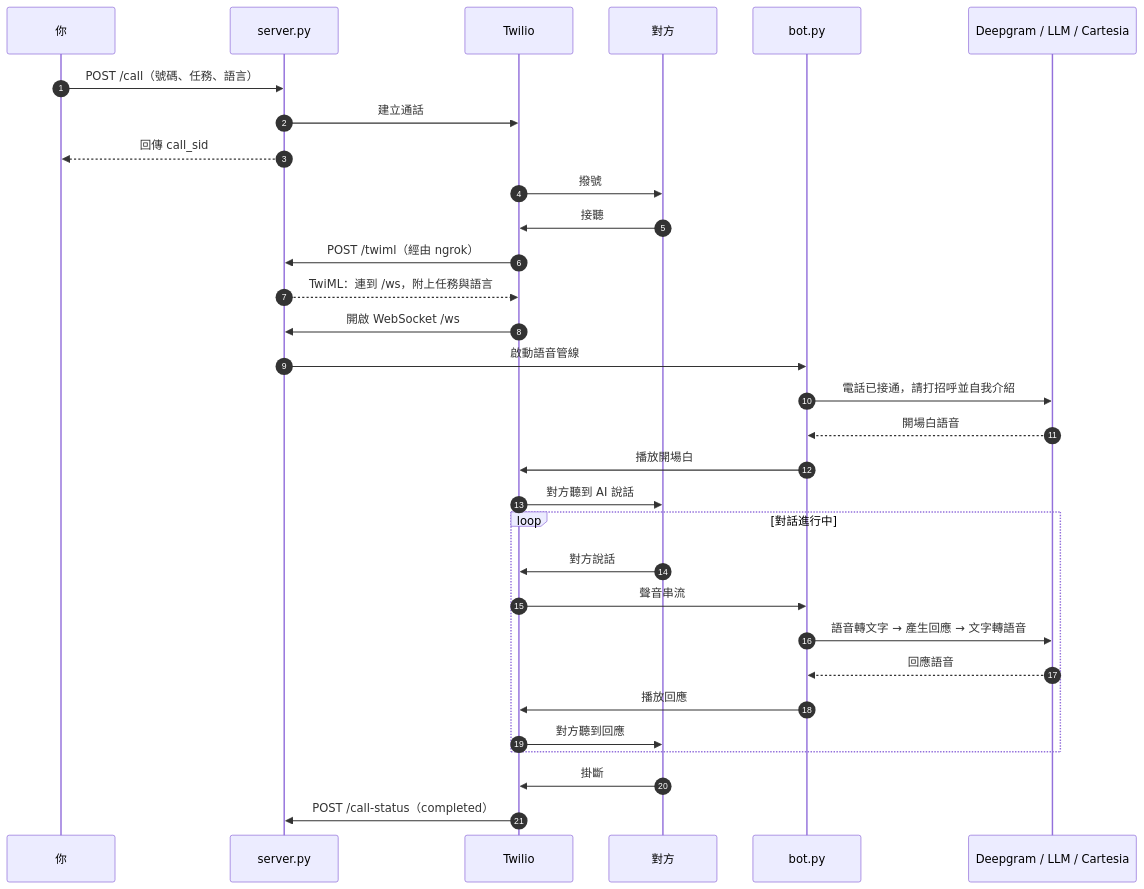
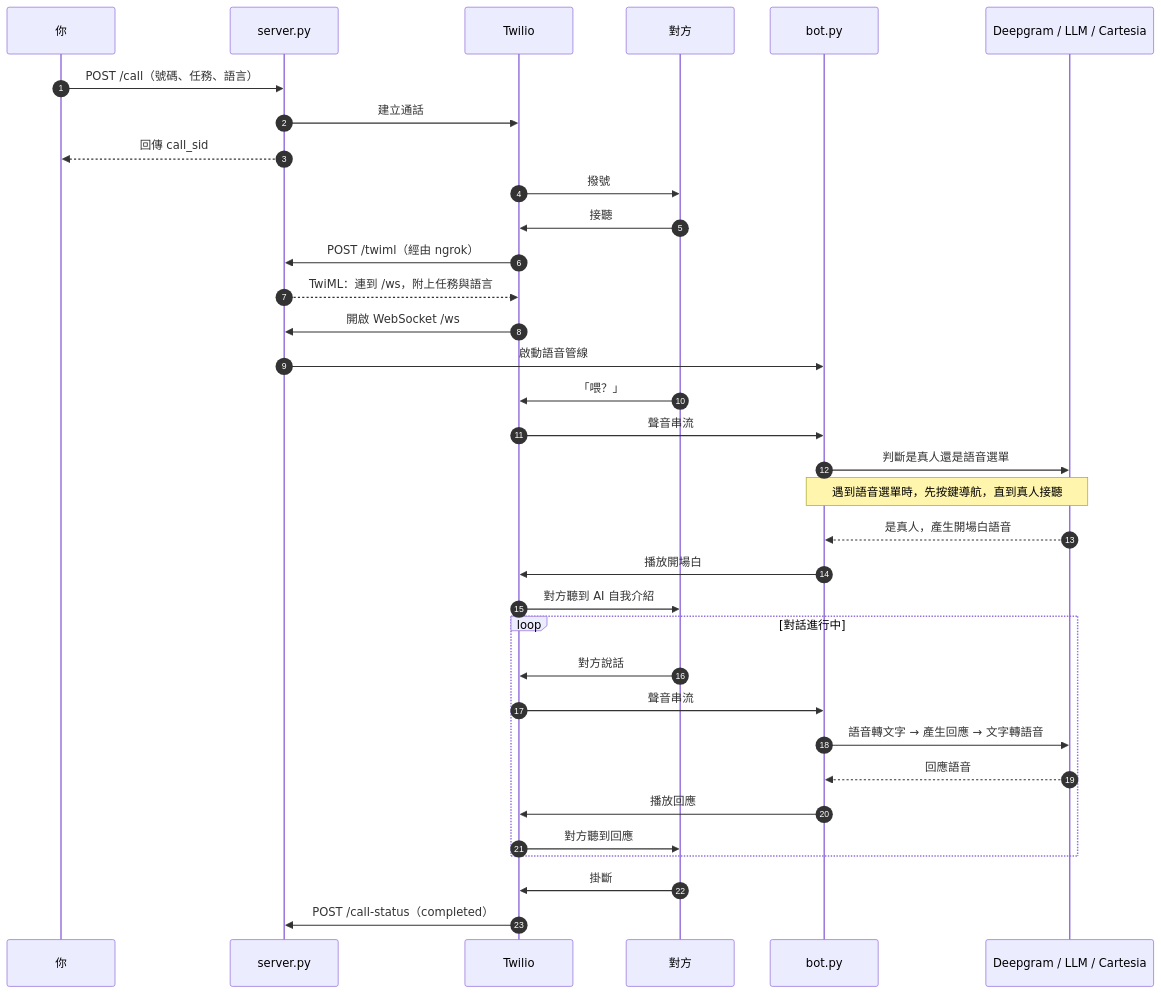
One commit to petertsengtw/ai-phone-caller changed the third of 4 diagrams in README.md. Above: the diagram before and after it, drawn with Mermaid. The commit also changed other lines of this file and 3 other files, not shown here.

````diff
--- a/README.md
+++ b/README.md
@@ -78,36 +79,39 @@
 ```mermaid
 sequenceDiagram
     autonumber
     participant You as 你
     participant S as server.py
     participant T as Twilio
     participant P as 對方
     participant B as bot.py
     participant AI as Deepgram / LLM / Cartesia
 
     You->>S: POST /call（號碼、任務、語言）
     S->>T: 建立通話
     S-->>You: 回傳 call_sid
     T->>P: 撥號
     P->>T: 接聽
     T->>S: POST /twiml（經由 ngrok）
     S-->>T: TwiML：連到 /ws，附上任務與語言
     T->>S: 開啟 WebSocket /ws
     S->>B: 啟動語音管線
-    B->>AI: 電話已接通，請打招呼並自我介紹
-    AI-->>B: 開場白語音
+    P->>T: 「喂？」
+    T->>B: 聲音串流
+    B->>AI: 判斷是真人還是語音選單
+    Note over B,AI: 遇到語音選單時，先按鍵導航，直到真人接聽
+    AI-->>B: 是真人，產生開場白語音
     B->>T: 播放開場白
-    T->>P: 對方聽到 AI 說話
+    T->>P: 對方聽到 AI 自我介紹
 
     loop 對話進行中
         P->>T: 對方說話
         T->>B: 聲音串流
         B->>AI: 語音轉文字 → 產生回應 → 文字轉語音
         AI-->>B: 回應語音
         B->>T: 播放回應
         T->>P: 對方聽到回應
     end
 
     P->>T: 掛斷
     T->>S: POST /call-status（completed）
 ```
````
